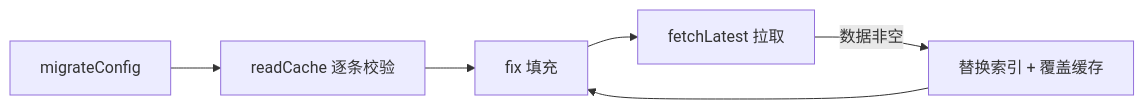
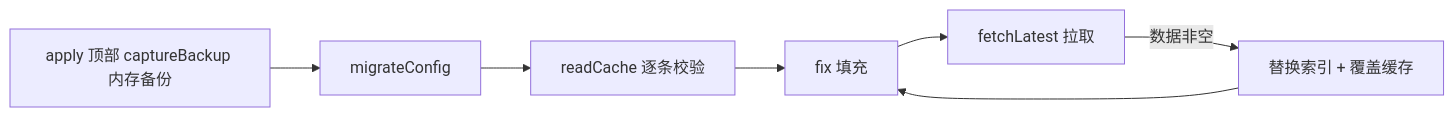
The diagram in AGENTS.md (TikaFlow/dsh-model-fix), drawn with Mermaid before and after one commit. The commit also changed other lines of this file and 14 other files, not shown here.

````diff
--- a/AGENTS.md
+++ b/AGENTS.md
@@ -122,8 +127,9 @@
 ```mermaid
 graph LR
-    M[migrateConfig] --> C[readCache 逐条校验]
+    B[apply 顶部 captureBackup 内存备份] --> M[migrateConfig]
+    M --> C[readCache 逐条校验]
     C --> F[fix 填充]
     F --> X[fetchLatest 拉取]
     X -->|数据非空| I[替换索引 + 覆盖缓存]
     I --> F
 ```
````
